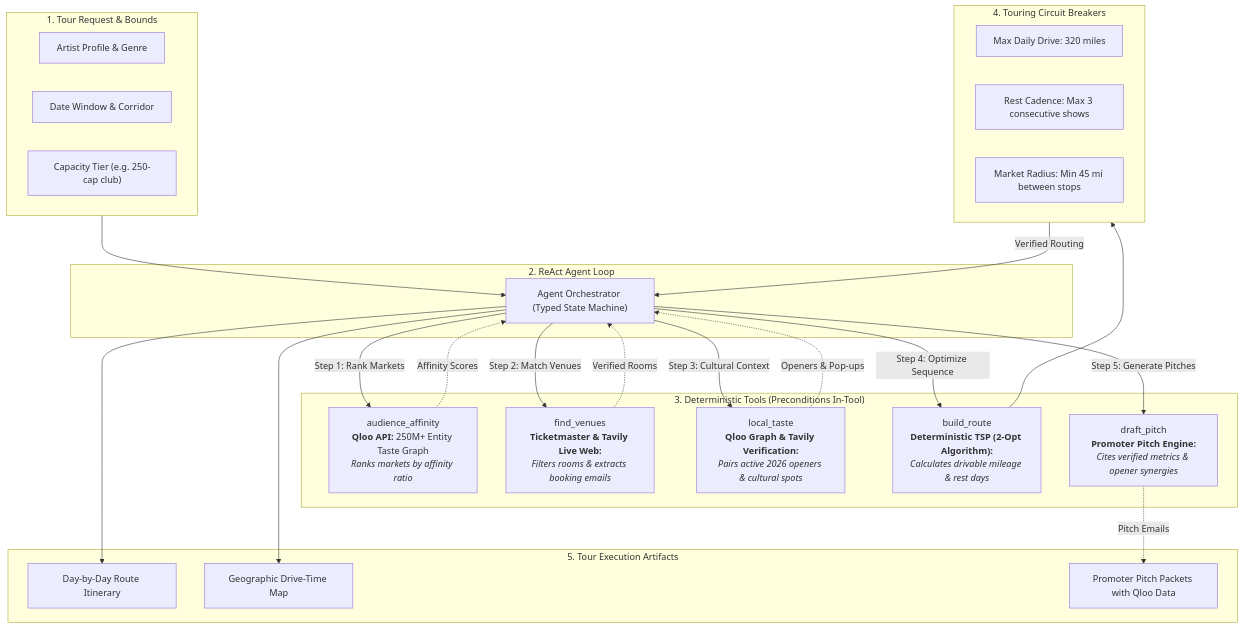
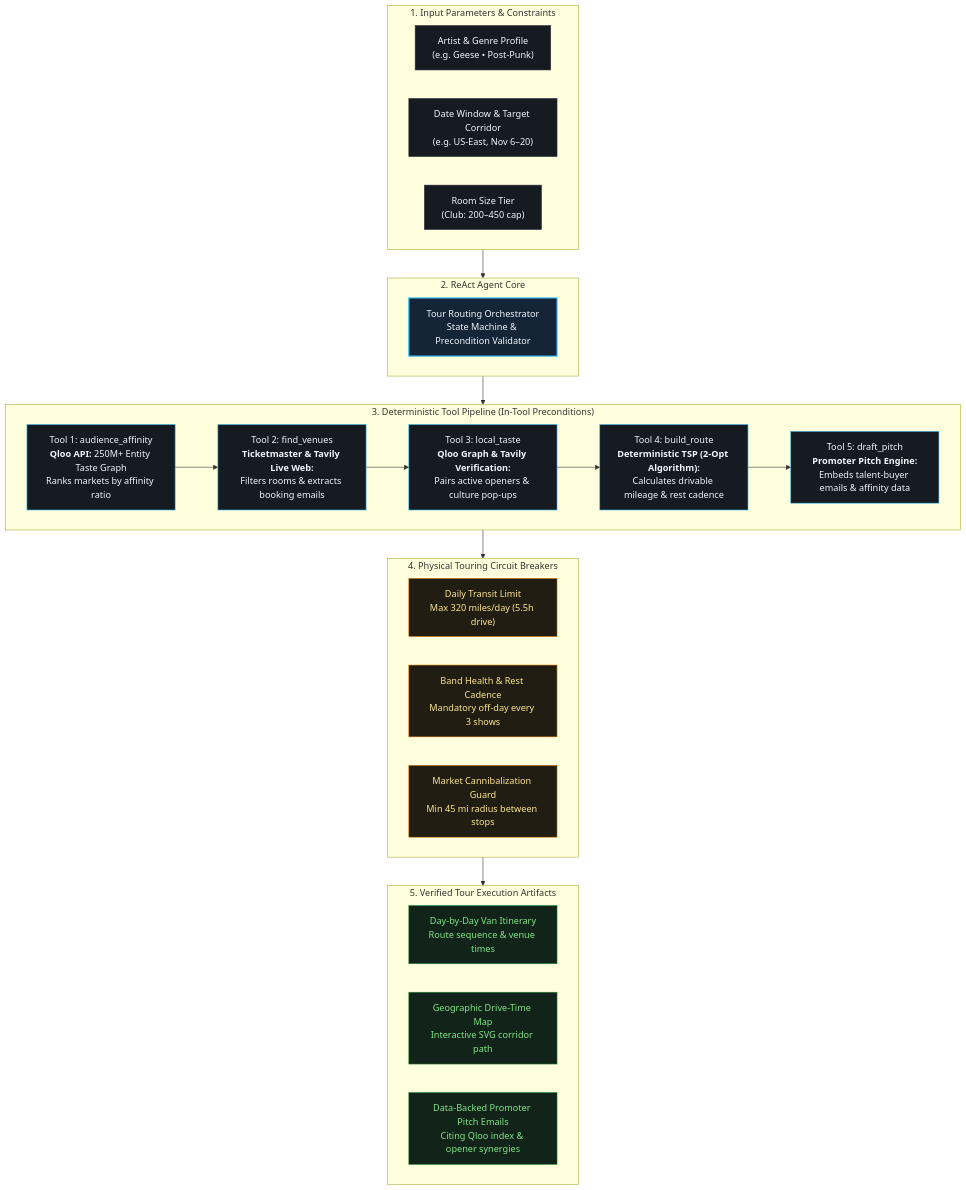
One commit to aryamantepal/roadie changed the diagram in README.md. Above: the diagram before and after it, drawn with Mermaid. The commit also changed 1 other file, not shown here.

Commit message:
fix(arch): eliminate crossing lines in Mermaid agent architecture diagram

````diff
--- a/README.md
+++ b/README.md
@@ -35,47 +35,49 @@
 ```mermaid
 flowchart TD
-    subgraph Inputs["1. Tour Request & Bounds"]
-        In1["Artist Profile & Genre"]
-        In2["Date Window & Corridor"]
-        In3["Capacity Tier (e.g. 250-cap club)"]
+    classDef inputStyle fill:#161b22,stroke:#30363d,stroke-width:1px,color:#f0f6fc;
+    classDef agentStyle fill:#162438,stroke:#38bdf8,stroke-width:2px,color:#f0f6fc;
+    classDef toolStyle fill:#161b22,stroke:#38bdf8,stroke-width:1px,color:#f0f6fc;
+    classDef guardStyle fill:#211d13,stroke:#d97706,stroke-width:1px,color:#fde68a;
+    classDef outStyle fill:#122319,stroke:#238636,stroke-width:1px,color:#7ee787;
+
+    subgraph Step1 ["1. Input Parameters & Constraints"]
+        direction LR
+        A["Artist & Genre Profile<br/>(e.g. Geese • Post-Punk)"]:::inputStyle
+        B["Date Window & Target Corridor<br/>(e.g. US-East, Nov 6–20)"]:::inputStyle
+        C["Room Size Tier<br/>(Club: 200–450 cap)"]:::inputStyle
     end
 
-    subgraph Core["2. ReAct Agent Loop"]
-        Orch["Agent Orchestrator (Typed State Machine)"]
+    subgraph Step2 ["2. ReAct Agent Core"]
+        Orch["Tour Routing Orchestrator<br/>State Machine & Precondition Validator"]:::agentStyle
     end
 
-    subgraph Tools["3. Deterministic Tools (Preconditions In-Tool)"]
-        T1["audience_affinity<br/><b>Qloo API:</b> 250M+ Entity Taste Graph<br/><i>Ranks markets by affinity ratio</i>"]
-        T2["find_venues<br/><b>Ticketmaster & Tavily Live Web:</b><br/><i>Filters rooms & extracts booking emails</i>"]
-        T3["local_taste<br/><b>Qloo Graph & Tavily Verification:</b><br/><i>Pairs active 2026 openers & cultural spots</i>"]
-        T4["build_route<br/><b>Deterministic TSP (2-Opt Algorithm):</b><br/><i>Calculates drivable mileage & rest days</i>"]
-        T5["draft_pitch<br/><b>Promoter Pitch Engine:</b><br/><i>Cites verified metrics & opener synergies</i>"]
+    subgraph Step3 ["3. Deterministic Tool Pipeline (In-Tool Preconditions)"]
+        direction LR
+        T1["Tool 1: audience_affinity<br/><b>Qloo API:</b> 250M+ Entity Taste Graph<br/>Ranks markets by affinity ratio"]:::toolStyle
+        T2["Tool 2: find_venues<br/><b>Ticketmaster & Tavily Live Web:</b><br/>Filters rooms & extracts booking emails"]:::toolStyle
+        T3["Tool 3: local_taste<br/><b>Qloo Graph & Tavily Verification:</b><br/>Pairs active openers & culture pop-ups"]:::toolStyle
+        T4["Tool 4: build_route<br/><b>Deterministic TSP (2-Opt Algorithm):</b><br/>Calculates drivable mileage & rest cadence"]:::toolStyle
+        T5["Tool 5: draft_pitch<br/><b>Promoter Pitch Engine:</b><br/>Embeds talent-buyer emails & affinity data"]:::toolStyle
+        
+        T1 --> T2 --> T3 --> T4 --> T5
     end
 
-    subgraph Validation["4. Touring Circuit Breakers"]
-        V1["Max Daily Drive: 320 miles"]
-        V2["Rest Cadence: Max 3 consecutive shows"]
-        V3["Market Radius: Min 45 mi between stops"]
+    subgraph Step4 ["4. Physical Touring Circuit Breakers"]
+        direction LR
+        G1["Daily Transit Limit<br/>Max 320 miles/day (5.5h drive)"]:::guardStyle
+        G2["Band Health & Rest Cadence<br/>Mandatory off-day every 3 shows"]:::guardStyle
+        G3["Market Cannibalization Guard<br/>Min 45 mi radius between stops"]:::guardStyle
     end
 
-    subgraph Artifacts["5. Tour Execution Artifacts"]
-        Out1["Day-by-Day Route Itinerary"]
-        Out2["Geographic Drive-Time Map"]
-        Out3["Promoter Pitch Packets with Qloo Data"]
+    subgraph Step5 ["5. Verified Tour Execution Artifacts"]
+        direction LR
+        O1["Day-by-Day Van Itinerary<br/>Route sequence & venue times"]:::outStyle
+        O2["Geographic Drive-Time Map<br/>Interactive SVG corridor path"]:::outStyle
+        O3["Data-Backed Promoter Pitch Emails<br/>Citing Qloo index & opener synergies"]:::outStyle
     end
 
-    Inputs --> Orch
-    Orch -->|Step 1: Rank Markets| T1
-    T1 -.->|Affinity Scores| Orch
-    Orch -->|Step 2: Match Venues| T2
-    T2 -.->|Verified Rooms| Orch
-    Orch -->|Step 3: Cultural Context| T3
-    T3 -.->|Openers & Pop-ups| Orch
-    Orch -->|Step 4: Optimize Sequence| T4
-    T4 --> Validation
-    Validation -->|Verified Routing| Orch
-    Orch -->|Step 5: Generate Pitches| T5
-    T5 -.->|Pitch Emails| Out3
-    Orch --> Out1
-    Orch --> Out2
+    Step1 --> Step2
+    Step2 --> Step3
+    Step3 --> Step4
+    Step4 --> Step5
 ```
````
